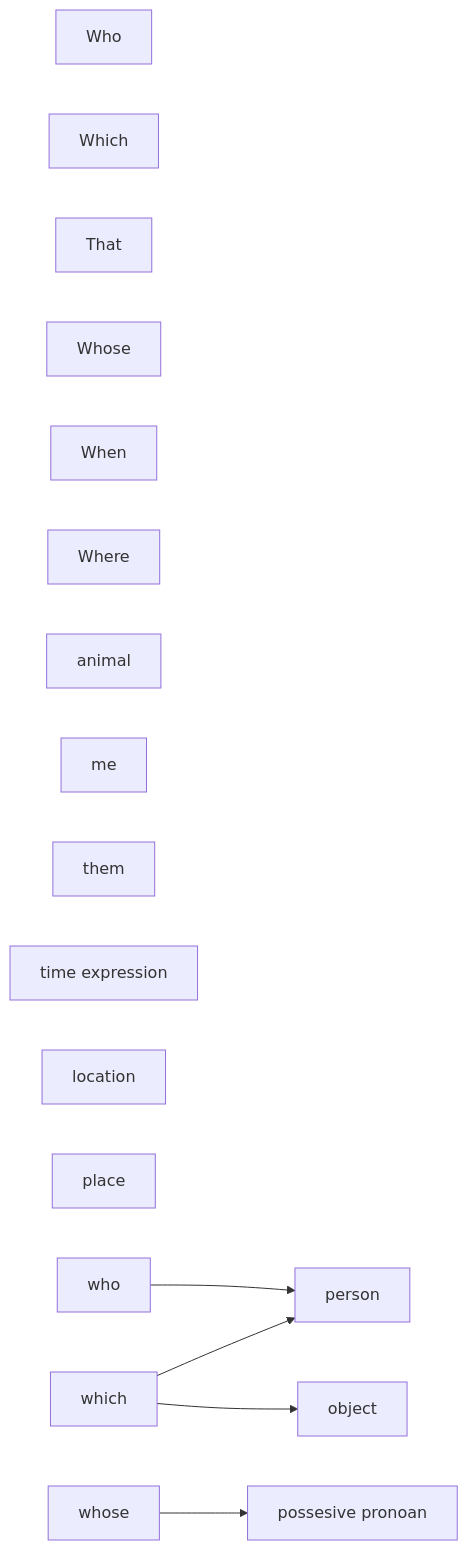
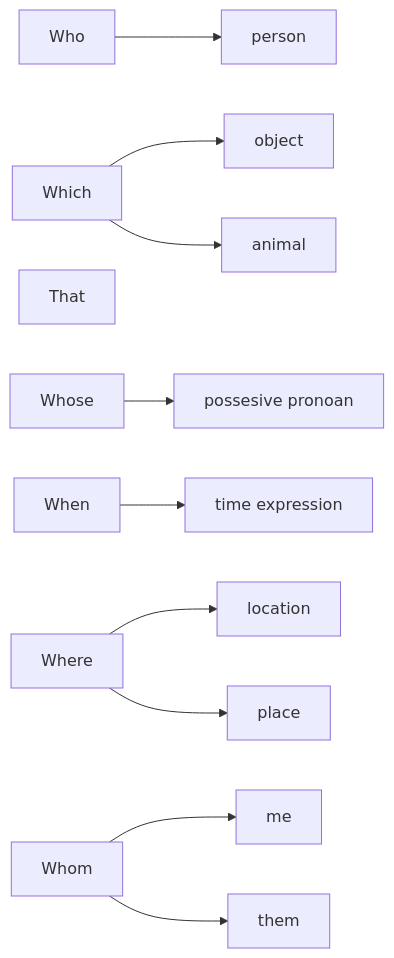
One commit to filename24/obsidian changed the diagram in Classes/English/Relative clase.md. Above: the diagram before and after it, drawn with Mermaid.

Commit message:
ci(backup): vault 2023-09-15 22:47:40

````diff
--- a/Classes/English/Relative clase.md
+++ b/Classes/English/Relative clase.md
@@ -1,25 +1,26 @@
 ```mermaid
 flowchart LR
 	Who
 	Which
 	That
 	Whose
 	When
 	Where
 	
 	person
 	object
 	animal
 	pp["possesive pronoan"]
 	me
 	them
 	te["time expression"]
 	location
 	place
 
-	who --> person
-	which --> object & person
-	whose --> pp
-	
-
+	Who --> person
+	Which --> object & animal
+	Whose --> pp
+	Whom --> me & them
+	When --> te
+	Where --> location & place
 ```
````
